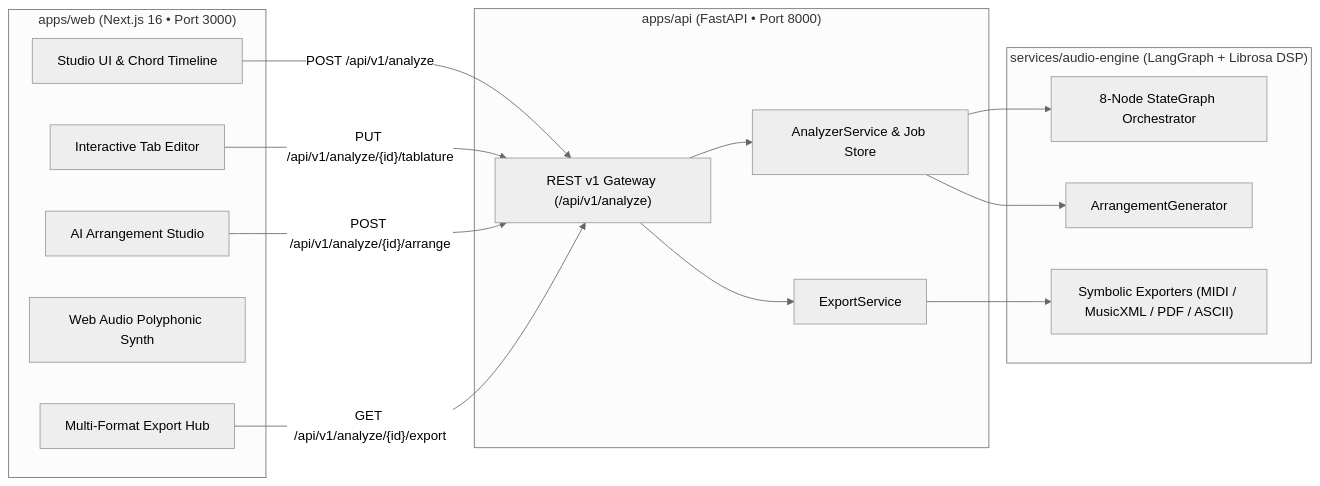
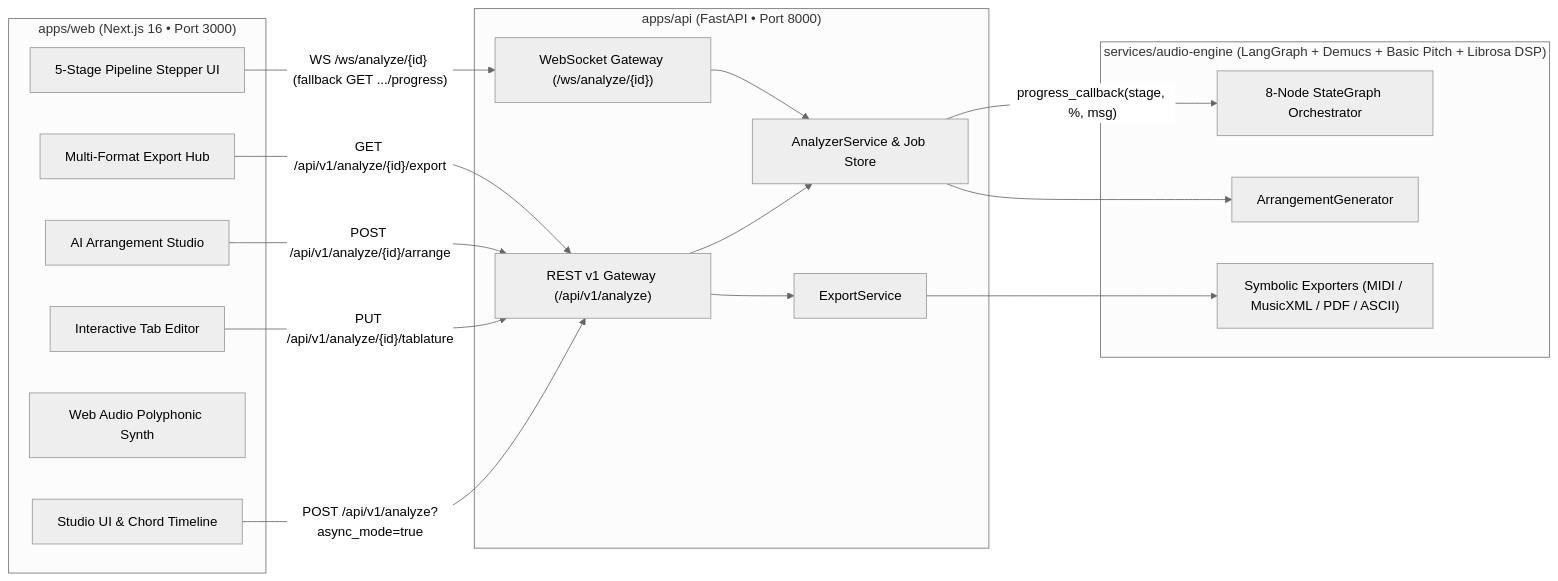
Before and after one commit to DimasNuryadin/Arpegia: the first of 2 diagrams in README.md, drawn with Mermaid (neutral theme). The commit also changed other lines of this file and 8 other files, not shown here.

````diff
--- a/README.md
+++ b/README.md
@@ -17,33 +17,37 @@
 ```mermaid
 flowchart LR
     subgraph Web["apps/web (Next.js 16 • Port 3000)"]
         UI["Studio UI & Chord Timeline"]
+        Stepper["5-Stage Pipeline Stepper UI"]
         Studio["AI Arrangement Studio"]
         Editor["Interactive Tab Editor"]
         Synth["Web Audio Polyphonic Synth"]
         ExportBar["Multi-Format Export Hub"]
     end
 
     subgraph API["apps/api (FastAPI • Port 8000)"]
         Router["REST v1 Gateway (/api/v1/analyze)"]
+        WS["WebSocket Gateway (/ws/analyze/{id})"]
         AnalyzerSvc["AnalyzerService & Job Store"]
         ExportSvc["ExportService"]
     end
 
-    subgraph Engine["services/audio-engine (LangGraph + Librosa DSP)"]
+    subgraph Engine["services/audio-engine (LangGraph + Demucs + Basic Pitch + Librosa DSP)"]
         Graph["8-Node StateGraph Orchestrator"]
         ArrGen["ArrangementGenerator"]
         Exporters["Symbolic Exporters (MIDI / MusicXML / PDF / ASCII)"]
     end
 
-    UI -->|"POST /api/v1/analyze"| Router
+    UI -->|"POST /api/v1/analyze?async_mode=true"| Router
+    Stepper -->|"WS /ws/analyze/{id} (fallback GET .../progress)"| WS
     Editor -->|"PUT /api/v1/analyze/{id}/tablature"| Router
     Studio -->|"POST /api/v1/analyze/{id}/arrange"| Router
     ExportBar -->|"GET /api/v1/analyze/{id}/export"| Router
 
     Router --> AnalyzerSvc
+    WS --> AnalyzerSvc
     Router --> ExportSvc
-    AnalyzerSvc --> Graph
+    AnalyzerSvc -->|"progress_callback(stage, %, msg)"| Graph
     AnalyzerSvc --> ArrGen
     ExportSvc --> Exporters
 ```
````
